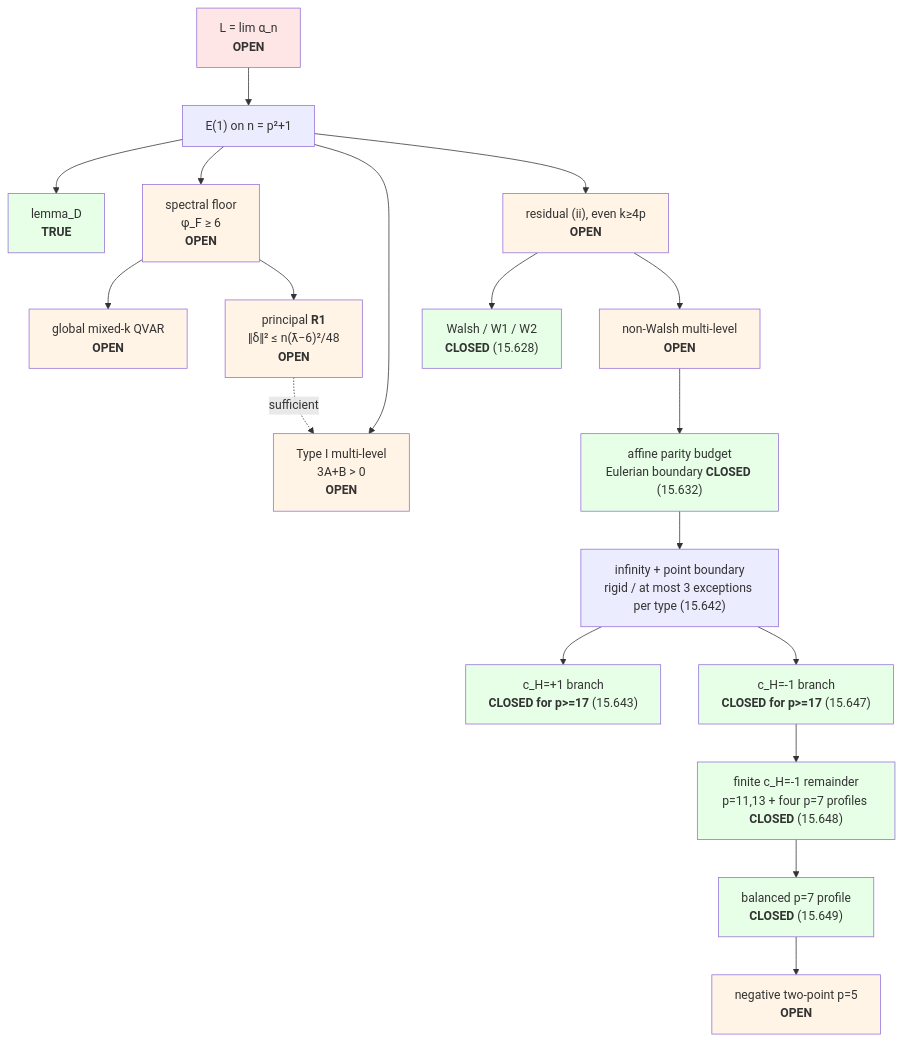
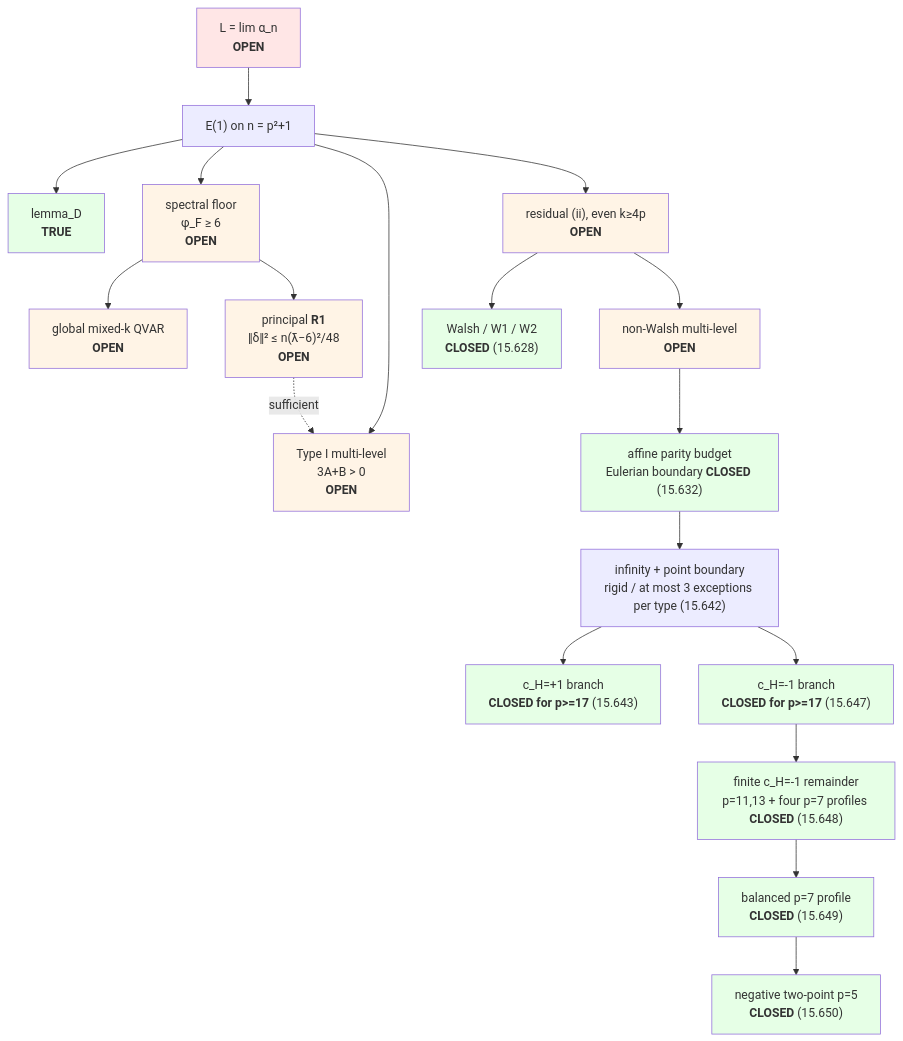
The diagram in README.md (luckyseoul/quadratic-minmax-limit), drawn with Mermaid before and after one commit. The commit also changed other lines of this file and 8 other files, not shown here.

Commit message:
Close the p5 negative two-point branch

````diff
--- a/README.md
+++ b/README.md
@@ -102,35 +106,35 @@
 ```mermaid
 graph TD
     L["L = lim α_n<br/><b>OPEN</b>"] --> E1["E(1) on n = p²+1"]
     E1 --> D["lemma_D<br/><b>TRUE</b>"]
     E1 --> FLOOR["spectral floor<br/>φ_F ≥ 6<br/><b>OPEN</b>"]
     FLOOR --> QVAR["global mixed-k QVAR<br/><b>OPEN</b>"]
     FLOOR --> R1["principal <b>R1</b><br/>‖δ‖² ≤ n(λ̄−6)²/48<br/><b>OPEN</b>"]
     E1 --> TYPEI["Type I multi-level<br/>3A+B > 0<br/><b>OPEN</b>"]
     R1 -. sufficient .-> TYPEI
     E1 --> RES["residual (ii), even k≥4p<br/><b>OPEN</b>"]
     RES --> WALSH["Walsh / W1 / W2<br/><b>CLOSED</b> (15.628)"]
     RES --> MULTI["non-Walsh multi-level<br/><b>OPEN</b>"]
     MULTI --> BUDGET["affine parity budget<br/>Eulerian boundary <b>CLOSED</b> (15.632)"]
     BUDGET --> RIGID["infinity + point boundary<br/>rigid / at most 3 exceptions per type (15.642)"]
     RIGID --> POSKILL["c_H=+1 branch<br/><b>CLOSED for p>=17</b> (15.643)"]
     RIGID --> NEGKILL["c_H=-1 branch<br/><b>CLOSED for p>=17</b> (15.647)"]
     NEGKILL --> NEGFINITE["finite c_H=-1 remainder<br/>p=11,13 + four p=7 profiles <b>CLOSED</b> (15.648)"]
     NEGFINITE --> P7BAL["balanced p=7 profile<br/><b>CLOSED</b> (15.649)"]
-    P7BAL --> P5NEG["negative two-point p=5<br/><b>OPEN</b>"]
+    P7BAL --> P5NEG["negative two-point p=5<br/><b>CLOSED</b> (15.650)"]
     style L fill:#ffe6e6
     style D fill:#e6ffe6
     style FLOOR fill:#fff4e6
     style QVAR fill:#fff4e6
     style R1 fill:#fff4e6
     style TYPEI fill:#fff4e6
     style RES fill:#fff4e6
     style WALSH fill:#e6ffe6
     style MULTI fill:#fff4e6
     style BUDGET fill:#e6ffe6
     style P7BAL fill:#e6ffe6
-    style P5NEG fill:#fff4e6
+    style P5NEG fill:#e6ffe6
     style POSKILL fill:#e6ffe6
     style NEGKILL fill:#e6ffe6
     style NEGFINITE fill:#e6ffe6
 ```
````
